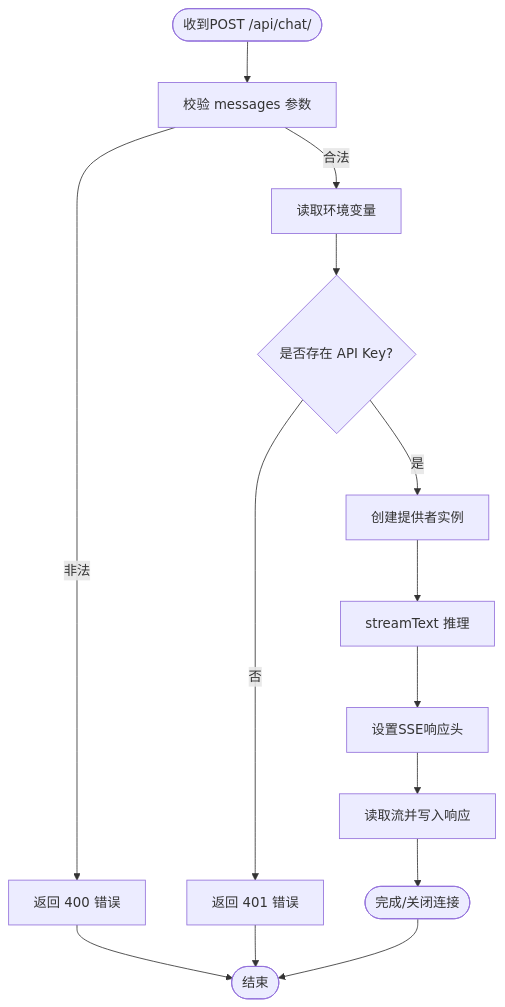
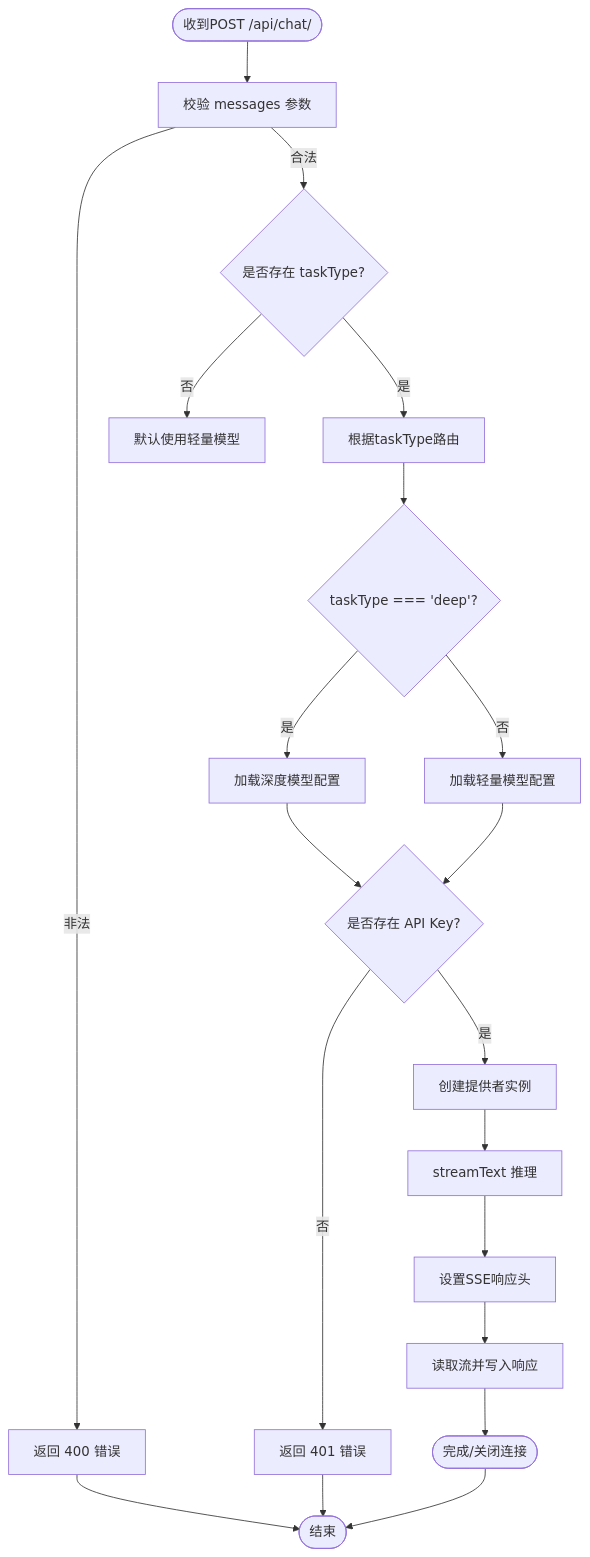
The sixth of 8 diagrams in .qoder/repowiki/zh/content/AI集成模块/AI提供商配置.md (aHin0805/FH6CarSettingAgent), drawn with Mermaid before and after one commit. The commit also changed other lines of this file and 59 other files, not shown here.

````diff
--- a/.qoder/repowiki/zh/content/AI集成模块/AI提供商配置.md
+++ b/.qoder/repowiki/zh/content/AI集成模块/AI提供商配置.md
@@ -155,16 +235,22 @@
 ```mermaid
 flowchart TD
 Req(["收到POST /api/chat/"]) --> Validate["校验 messages 参数"]
 Validate --> |非法| Resp400["返回 400 错误"]
-Validate --> |合法| ReadEnv["读取环境变量"]
-ReadEnv --> CheckKey{"是否存在 API Key?"}
+Validate --> |合法| CheckTask{"是否存在 taskType?"}
+CheckTask --> |是| RouteTask["根据taskType路由"]
+CheckTask --> |否| DefaultLight["默认使用轻量模型"]
+RouteTask --> CheckDeep{"taskType === 'deep'?"}
+CheckDeep --> |是| LoadDeep["加载深度模型配置"]
+CheckDeep --> |否| LoadLight["加载轻量模型配置"]
+LoadDeep --> CheckKey{"是否存在 API Key?"}
+LoadLight --> CheckKey
 CheckKey --> |否| Resp401["返回 401 错误"]
 CheckKey --> |是| CreateProv["创建提供者实例"]
 CreateProv --> Stream["streamText 推理"]
 Stream --> Headers["设置SSE响应头"]
 Headers --> Pipe["读取流并写入响应"]
 Pipe --> Done(["完成/关闭连接"])
 Resp400 --> End(["结束"])
 Resp401 --> End
 Done --> End
 ```
````
